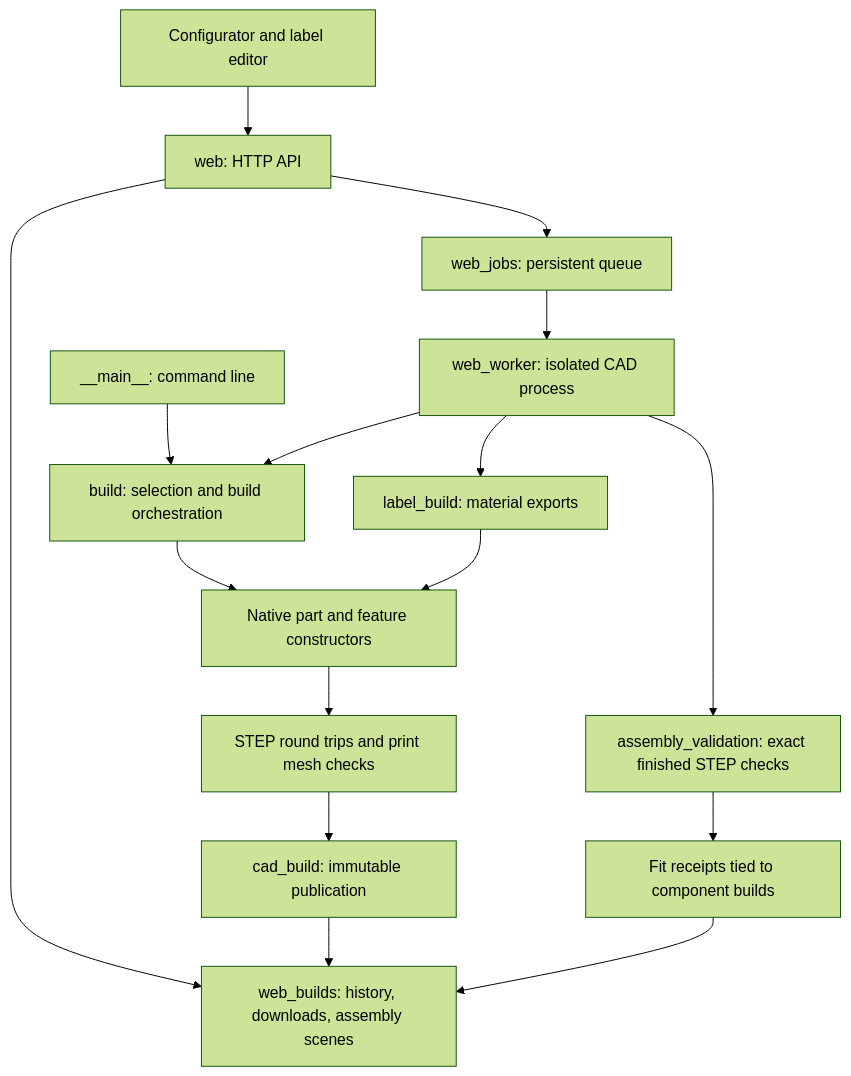
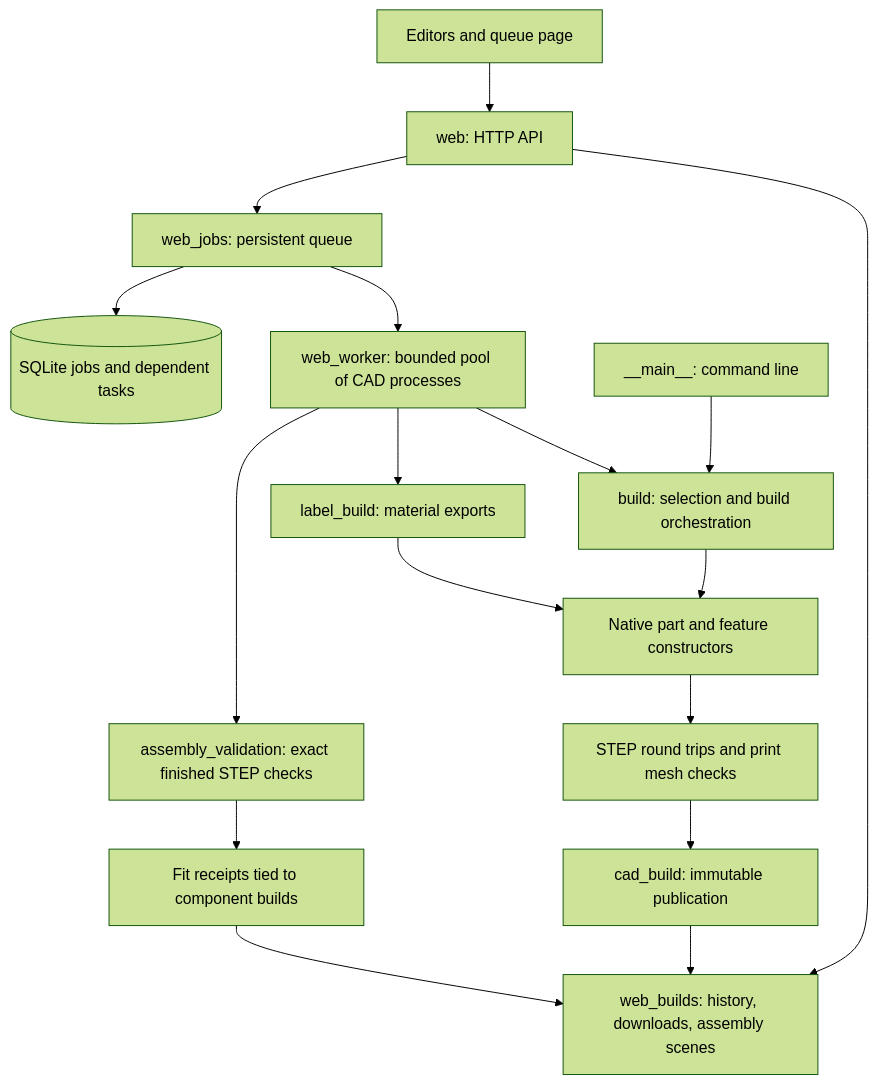
Before and after one commit to ertw/vaultgen: the diagram in docs/architecture.md, drawn with Mermaid (forest theme). The commit also changed other lines of this file and 37 other files, not shown here.

````diff
--- a/docs/architecture.md
+++ b/docs/architecture.md
@@ -9,18 +9,19 @@
 ```mermaid
 flowchart TD
-    Browser[Configurator and label editor] --> HTTP[web: HTTP API]
+    Browser[Editors and queue page] --> HTTP[web: HTTP API]
     HTTP --> Jobs[web_jobs: persistent queue]
     HTTP --> Files[web_builds: history, downloads, assembly scenes]
-    Jobs --> Worker[web_worker: isolated CAD process]
+    Jobs --> SQLite[(SQLite jobs and dependent tasks)]
+    Jobs --> Worker[web_worker: bounded pool of CAD processes]
     CLI[__main__: command line] --> Build[build: selection and build orchestration]
     Worker --> Build
     Worker --> Labels[label_build: material exports]
     Build --> CAD[Native part and feature constructors]
     Labels --> CAD
     CAD --> Checks[STEP round trips and print mesh checks]
     Checks --> Storage[cad_build: immutable publication]
     Storage --> Files
     Worker --> Assembly[assembly_validation: exact finished STEP checks]
     Assembly --> Receipts[Fit receipts tied to component builds]
     Receipts --> Files
 ```
````
